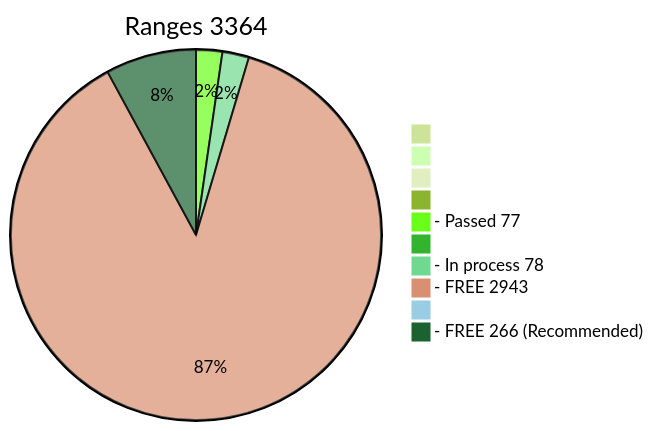
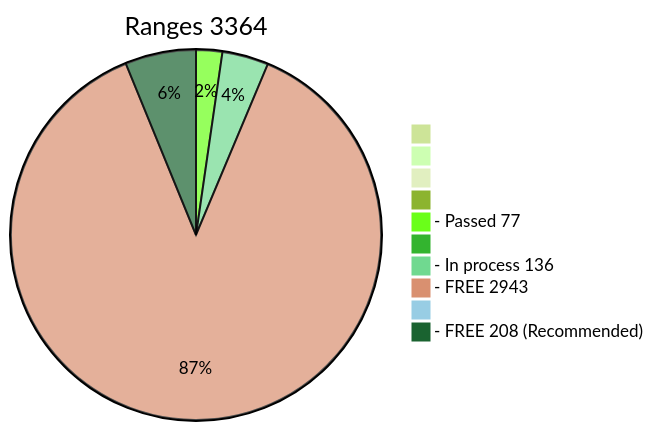
One commit to phrutis/wif500 changed the diagram in x64/Release/table.md. Above: the diagram before and after it, drawn with Mermaid (forest theme). The commit also changed other lines of this file, not shown here.

````diff
--- a/x64/Release/table.md
+++ b/x64/Release/table.md
@@ -3,13 +3,13 @@
 ```mermaid
 pie title Ranges 3364
   " " : 0
   "  " : 0
   "   " : 0
   "    " : 0
   "- Passed 77" : 77
   "     " : 0
-  "- In process 78" : 78
+  "- In process 136" : 136
   "- FREE 2943" : 2943
   "      " : 1
-  "- FREE 266 (Recommended)" : 266
+  "- FREE 208 (Recommended)" : 208
 ```
````
